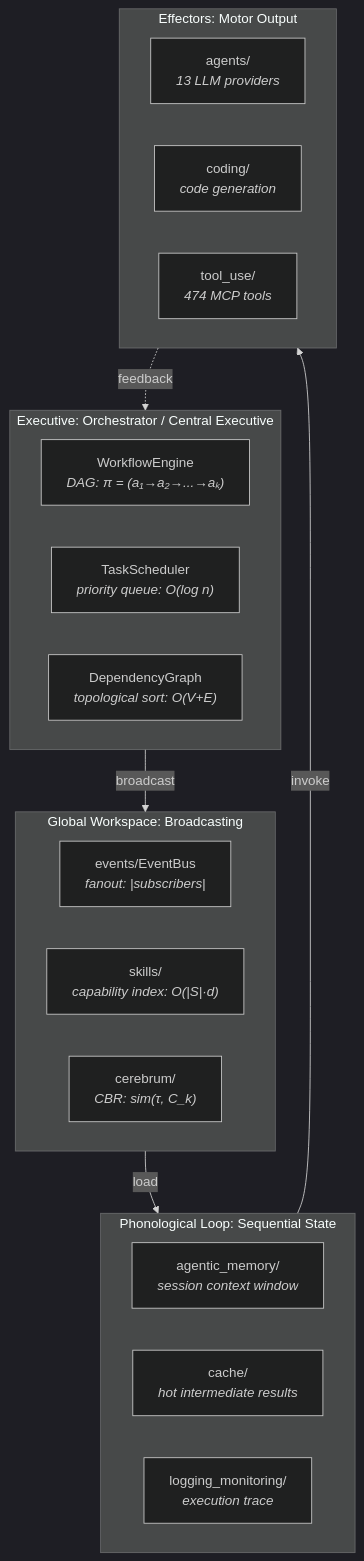
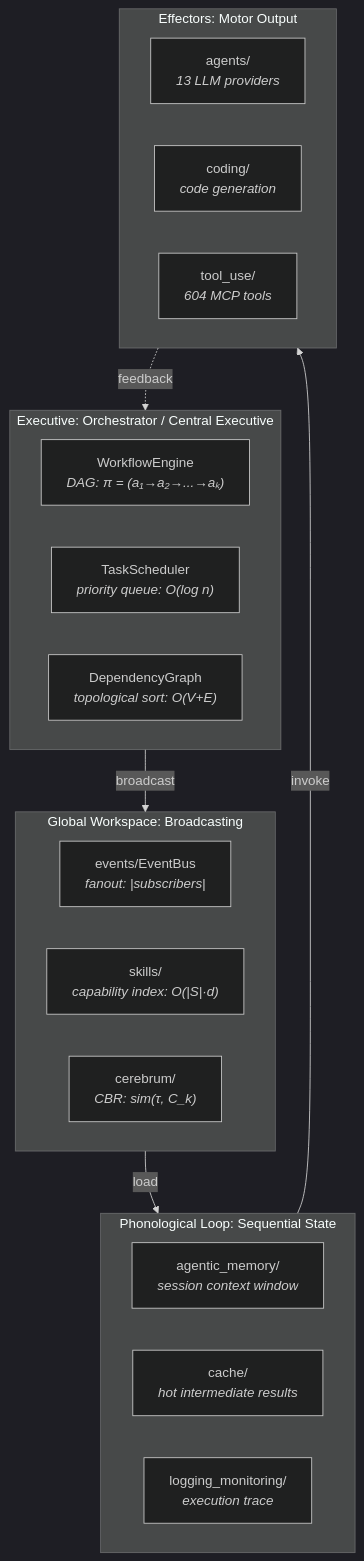
The first of 2 diagrams in docs/agi/orchestration_as_cognition.md (docxology/codomyrmex), drawn with Mermaid (dark theme) before and after one commit. The commit also changed 91 other files, not shown here.

````diff
--- a/docs/agi/orchestration_as_cognition.md
+++ b/docs/agi/orchestration_as_cognition.md
@@ -13,31 +13,31 @@
 ```mermaid
 graph TB
     subgraph EXECUTIVE["Executive: Orchestrator / Central Executive"]
         WE["WorkflowEngine<br/><i>DAG: π = (a₁→a₂→...→aₖ)</i>"]
         TS["TaskScheduler<br/><i>priority queue: O(log n)</i>"]
         DG["DependencyGraph<br/><i>topological sort: O(V+E)</i>"]
     end
 
     subgraph WORKSPACE["Global Workspace: Broadcasting"]
         EVENTS["events/EventBus<br/><i>fanout: |subscribers|</i>"]
         SKILLS["skills/<br/><i>capability index: O(|S|·d)</i>"]
         CEREB["cerebrum/<br/><i>CBR: sim(τ, C_k)</i>"]
     end
 
     subgraph PHONOLOGICAL["Phonological Loop: Sequential State"]
         AMEM["agentic_memory/<br/><i>session context window</i>"]
         CACHE["cache/<br/><i>hot intermediate results</i>"]
         LOG["logging_monitoring/<br/><i>execution trace</i>"]
     end
 
     subgraph EFFECTORS["Effectors: Motor Output"]
         AGENTS["agents/<br/><i>13 LLM providers</i>"]
         CODING["coding/<br/><i>code generation</i>"]
-        TOOLS["tool_use/<br/><i>474 MCP tools</i>"]
+        TOOLS["tool_use/<br/><i>604 MCP tools</i>"]
     end
 
     EXECUTIVE -->|"broadcast"| WORKSPACE
     WORKSPACE -->|"load"| PHONOLOGICAL
     PHONOLOGICAL -->|"invoke"| EFFECTORS
     EFFECTORS -.->|"feedback"| EXECUTIVE
 ```
````
